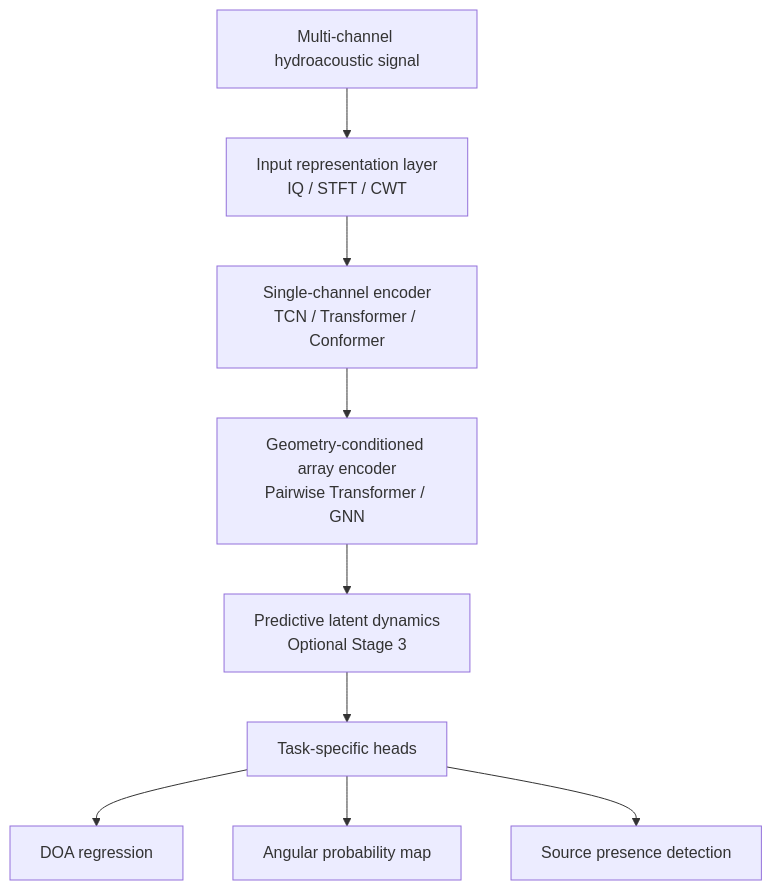
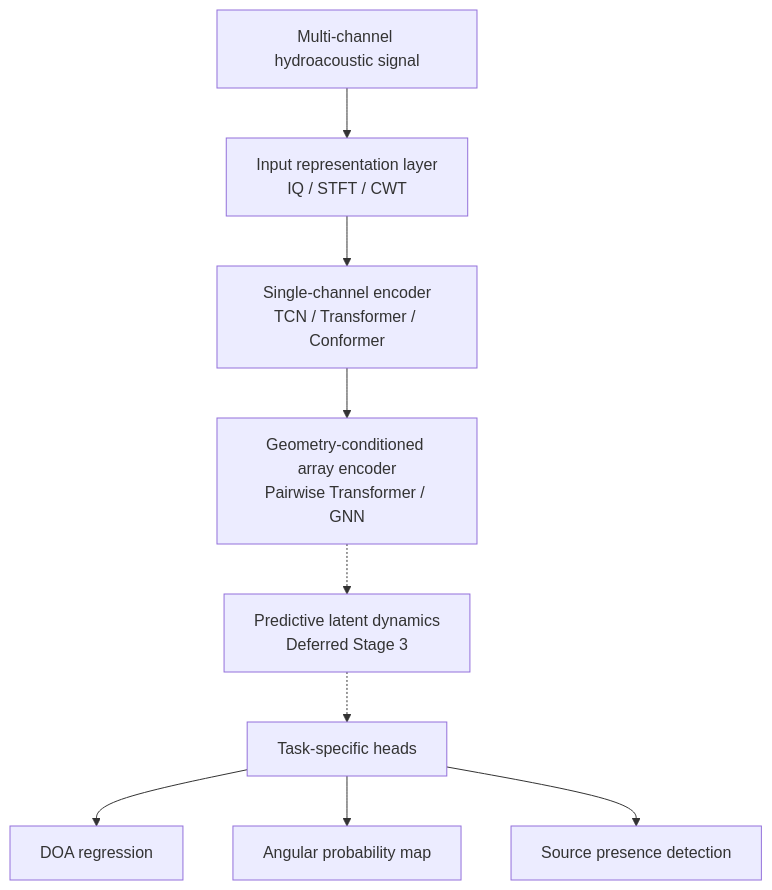
The first of 3 diagrams in README.md (NikitaS2001/hydroacoustic-doa), drawn with Mermaid before and after one commit. The commit also changed other lines of this file and 13 other files, not shown here.

````diff
--- a/README.md
+++ b/README.md
@@ -15,11 +21,11 @@
 ```mermaid
 graph TD
     A[Multi-channel hydroacoustic signal] --> B[Input representation layer<br/>IQ / STFT / CWT]
     B --> C[Single-channel encoder<br/>TCN / Transformer / Conformer]
     C --> D[Geometry-conditioned array encoder<br/>Pairwise Transformer / GNN]
-    D --> E[Predictive latent dynamics<br/>Optional Stage 3]
-    E --> F[Task-specific heads]
+    D -.-> E[Predictive latent dynamics<br/>Deferred Stage 3]
+    E -.-> F[Task-specific heads]
     F --> G[DOA regression]
     F --> H[Angular probability map]
     F --> I[Source presence detection]
 ```
````
